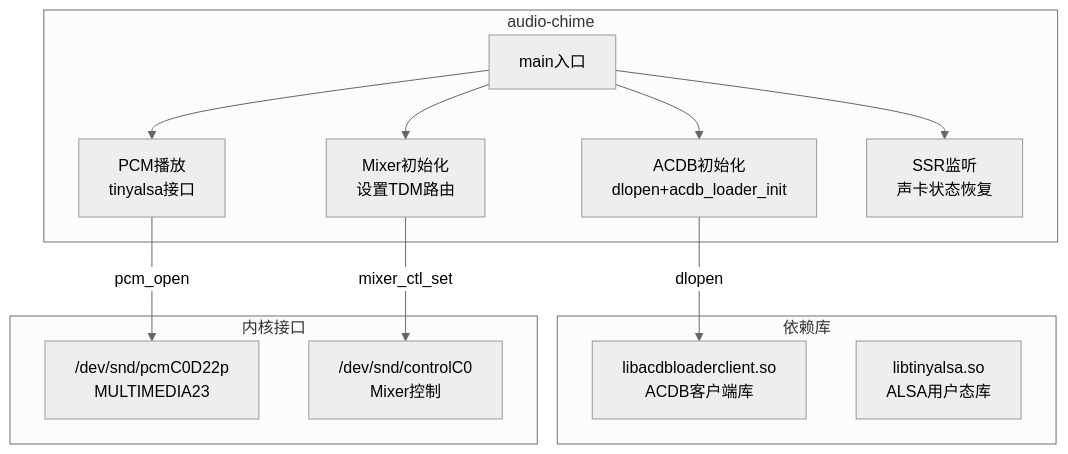
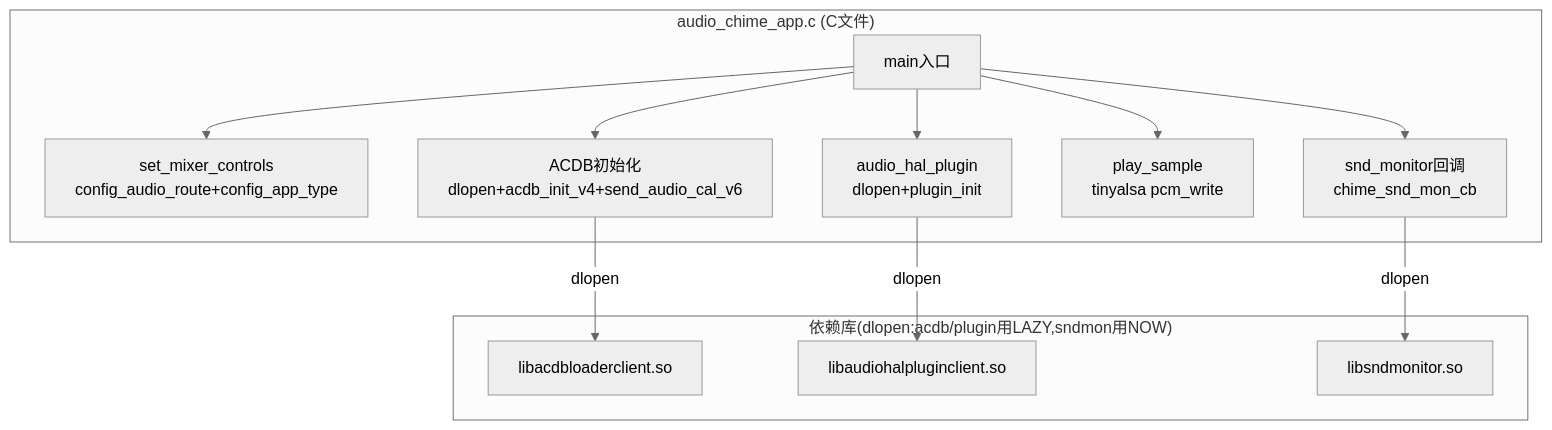
Before and after one commit to yanglinzhen1022/SA8295_AAOS_QNX_Audio_KnowledgeBase: the first of 2 diagrams in 16_Vendor_QNX_Architecture/16_16.5_audio-chime早期提示音.md, drawn with Mermaid (neutral theme). The commit also changed other lines of this file and 48 other files, not shown here.

````diff
--- a/16_Vendor_QNX_Architecture/16_16.5_audio-chime早期提示音.md
+++ b/16_Vendor_QNX_Architecture/16_16.5_audio-chime早期提示音.md
@@ -11,28 +25,26 @@
 ```mermaid
 graph TB
-    subgraph AudioChime["audio-chime"]
-        MAIN[main入口]
-        INIT_ACDB["ACDB初始化<br/>dlopen+acdb_loader_init"]
-        INIT_MIXER["Mixer初始化<br/>设置TDM路由"]
-        PLAY["PCM播放<br/>tinyalsa接口"]
-        SSR_MONITOR["SSR监听<br/>声卡状态恢复"]
+    subgraph AudioChime["audio_chime_app.c (C文件)"]
+        MAIN["main入口"]
+        MIXER["set_mixer_controls<br/>config_audio_route+config_app_type"]
+        ACDB["ACDB初始化<br/>dlopen+acdb_init_v4+send_audio_cal_v6"]
+        HALPLUGIN["audio_hal_plugin<br/>dlopen+plugin_init"]
+        PLAY["play_sample<br/>tinyalsa pcm_write"]
+        SNDMON["snd_monitor回调<br/>chime_snd_mon_cb"]
     end
 
-    subgraph Dependencies["依赖库"]
-        LIBACDB["libacdbloaderclient.so<br/>ACDB客户端库"]
-        TINYALSA["libtinyalsa.so<br/>ALSA用户态库"]
+    subgraph Dependencies["依赖库(dlopen:acdb/plugin用LAZY,sndmon用NOW)"]
+        LIBACDB["libacdbloaderclient.so"]
+        LIBPLUGIN["libaudiohalpluginclient.so"]
+        LIBSNDMON["libsndmonitor.so"]
     end
 
-    subgraph Kernel_Interface["内核接口"]
-        PCM_DEV["/dev/snd/pcmC0D22p<br/>MULTIMEDIA23"]
-        MIXER_DEV["/dev/snd/controlC0<br/>Mixer控制"]
-    end
-
-    MAIN --> INIT_ACDB
-    MAIN --> INIT_MIXER
+    MAIN --> MIXER
+    MAIN --> ACDB
+    MAIN --> HALPLUGIN
     MAIN --> PLAY
-    MAIN --> SSR_MONITOR
-    INIT_ACDB -->|dlopen| LIBACDB
-    PLAY -->|pcm_open| PCM_DEV
-    INIT_MIXER -->|mixer_ctl_set| MIXER_DEV
+    MAIN --> SNDMON
+    ACDB -->|dlopen| LIBACDB
+    HALPLUGIN -->|dlopen| LIBPLUGIN
+    SNDMON -->|dlopen| LIBSNDMON
 ```
````
